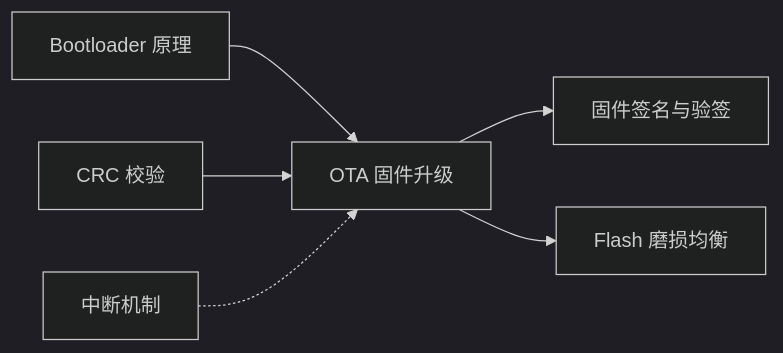
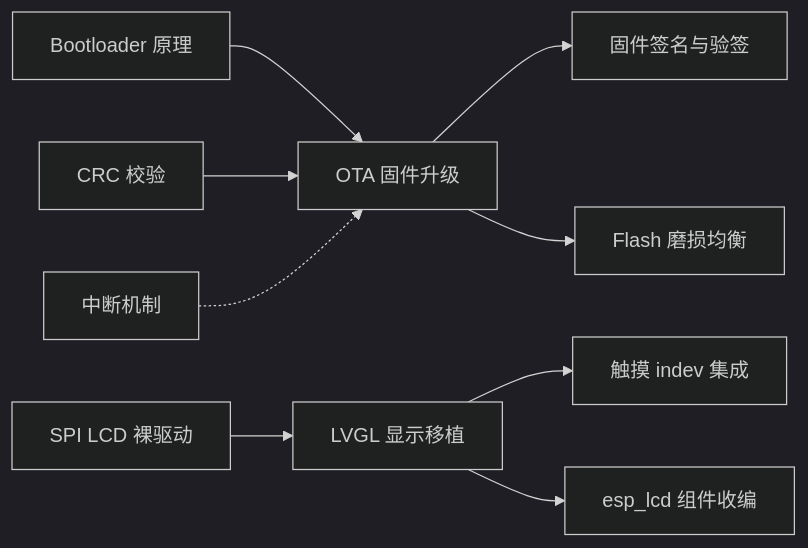
One commit to zjqjy/embedded-project-manager changed the second of 2 diagrams in EM-SKILL/plugins/learning/templates/README-card.md. Above: the diagram before and after it, drawn with Mermaid (dark theme). The commit also changed other lines of this file and 20 other files, not shown here.

````diff
--- a/EM-SKILL/plugins/learning/templates/README-card.md
+++ b/EM-SKILL/plugins/learning/templates/README-card.md
@@ -40,8 +41,11 @@
 ```mermaid
 graph LR
     A[Bootloader 原理] --> B[OTA 固件升级]
     B --> C[固件签名与验签]
     B --> D[Flash 磨损均衡]
     E[CRC 校验] --> B
     F[中断机制] -.-> B
+    G[SPI LCD 裸驱动] --> H[LVGL 显示移植]
+    H --> I[触摸 indev 集成]
+    H --> J[esp_lcd 组件收编]
 ```
````
